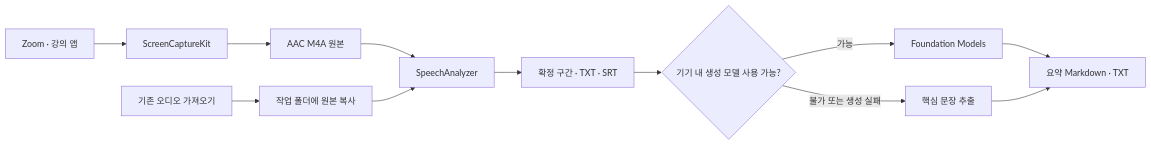
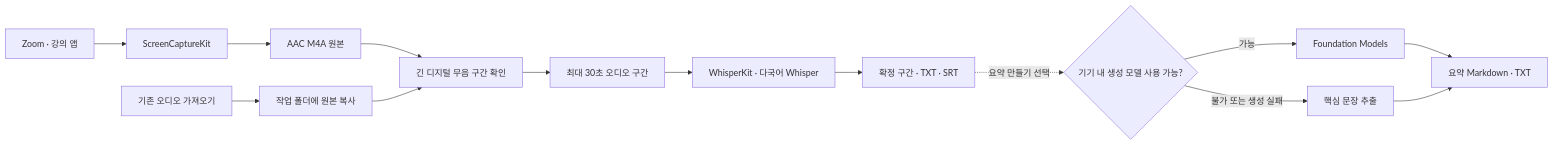
One commit to nowjinpark/LectureScribe changed the diagram in docs/ARCHITECTURE.md. Above: the diagram before and after it, drawn with Mermaid. The commit also changed other lines of this file and 28 other files, not shown here.

````diff
--- a/docs/ARCHITECTURE.md
+++ b/docs/ARCHITECTURE.md
@@ -7,14 +7,16 @@
 ```mermaid
 flowchart LR
     App[Zoom · 강의 앱] --> Capture[ScreenCaptureKit]
     Capture --> Audio[AAC M4A 원본]
     Import[기존 오디오 가져오기] --> File[작업 폴더에 원본 복사]
-    Audio --> Speech[SpeechAnalyzer]
-    File --> Speech
+    Audio --> Regions[긴 디지털 무음 구간 확인]
+    File --> Regions
+    Regions --> Chunks[최대 30초 오디오 구간]
+    Chunks --> Speech[WhisperKit · 다국어 Whisper]
     Speech --> Transcript[확정 구간 · TXT · SRT]
-    Transcript --> Summary{기기 내 생성 모델 사용 가능?}
+    Transcript -. 요약 만들기 선택 .-> Summary{기기 내 생성 모델 사용 가능?}
     Summary -->|가능| AI[Foundation Models]
     Summary -->|불가 또는 생성 실패| Extract[핵심 문장 추출]
     AI --> Notes[요약 Markdown · TXT]
     Extract --> Notes
 ```
````
